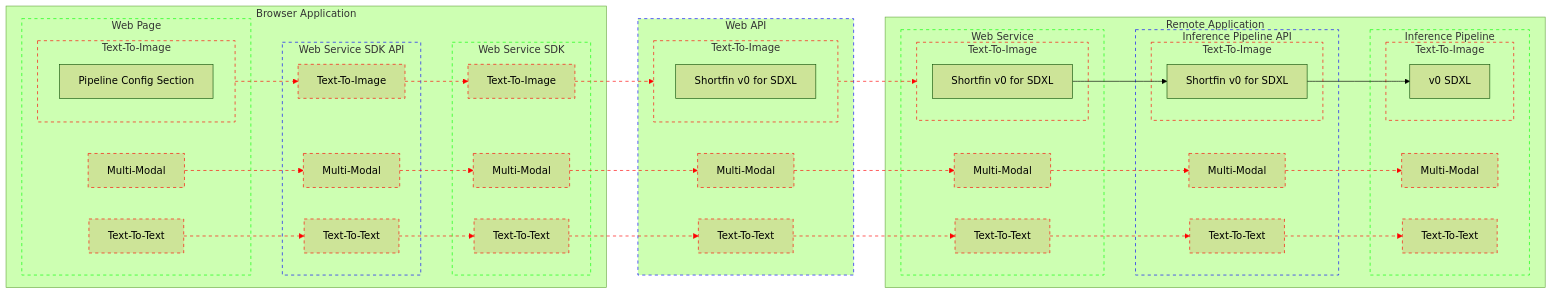
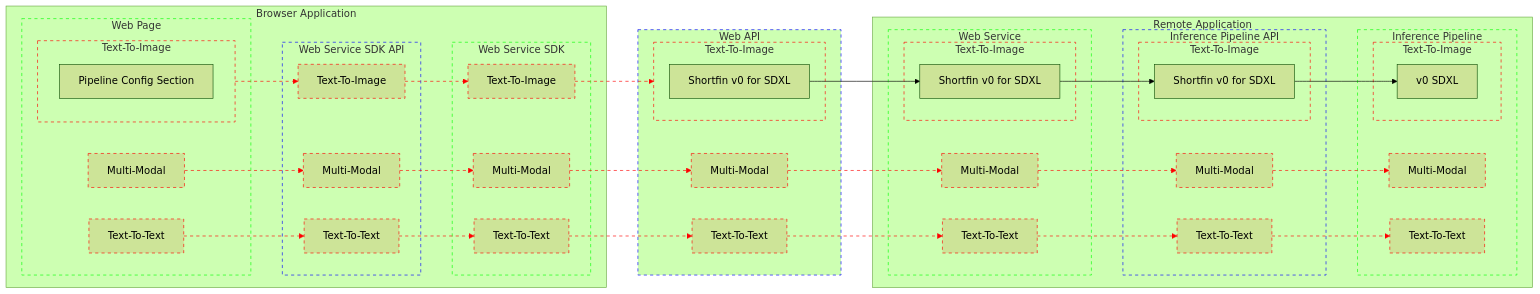
One commit to bjacobgordon/shark-ui changed the diagram in docs/webAPI/architecture.mmd. Above: the diagram before and after it, drawn with Mermaid (forest theme).

Commit message:
step(SDXL): declares conformance of web service to web API

```diff
--- a/docs/webAPI/architecture.mmd
+++ b/docs/webAPI/architecture.mmd
@@ -1,167 +1,166 @@
 flowchart LR
   classDef Contract          stroke: #00F, stroke-dasharray: 5
   classDef ApplicationModule stroke: #0F0, stroke-dasharray: 5
   classDef InferenceModality stroke: #F00, stroke-dasharray: 5
 
   subgraph BrowserApplication[Browser Application]
     subgraph BrowserApplication_WebPage[Web Page]
       subgraph BrowserApplication_WebPage_TextToImage[Text-To-Image]
         BrowserApplication_WebPage_TextToImage_PipelineConfigSection[Pipeline Config Section]
       end
       class BrowserApplication_WebPage_TextToImage InferenceModality
 
       BrowserApplication_WebPage_MultiModal[Multi-Modal]
       class BrowserApplication_WebPage_MultiModal InferenceModality
 
       BrowserApplication_WebPage_TextToText[Text-To-Text]
       class BrowserApplication_WebPage_TextToText InferenceModality
     end
     class BrowserApplication_WebPage ApplicationModule
 
 
     BrowserApplication_WebPage_TextToImage BrowserApplication_WebPage__TextToImage__BrowserApplication_WebServiceSDK_API@--> BrowserApplication_WebServiceSDK_API_TextToImage
     class BrowserApplication_WebPage_TextToImage InferenceModality
     class BrowserApplication_WebPage__TextToImage__BrowserApplication_WebServiceSDK_API InferenceModality
 
     BrowserApplication_WebPage_MultiModal BrowserApplication_WebPage__MultiModal__BrowserApplication_WebServiceSDK_API@--> BrowserApplication_WebServiceSDK_API_MultiModal
     class BrowserApplication_WebPage__MultiModal__BrowserApplication_WebServiceSDK_API InferenceModality
 
     BrowserApplication_WebPage_TextToText BrowserApplication_WebPage__TextToText__BrowserApplication_WebServiceSDK_API@--> BrowserApplication_WebServiceSDK_API_TextToText
     class BrowserApplication_WebPage__TextToText__BrowserApplication_WebServiceSDK_API InferenceModality
 
 
     subgraph BrowserApplication_WebServiceSDK_API[Web Service SDK API]
       BrowserApplication_WebServiceSDK_API_TextToImage[Text-To-Image]
       class BrowserApplication_WebServiceSDK_API_TextToImage InferenceModality
 
       BrowserApplication_WebServiceSDK_API_MultiModal[Multi-Modal]
       class BrowserApplication_WebServiceSDK_API_MultiModal InferenceModality
 
       BrowserApplication_WebServiceSDK_API_TextToText[Text-To-Text]
       class BrowserApplication_WebServiceSDK_API_TextToText InferenceModality
     end
     class BrowserApplication_WebServiceSDK_API Contract
 
 
     BrowserApplication_WebServiceSDK_API_TextToImage BrowserApplication_WebServiceSDK_API__TextToImage__BrowserApplication_WebServiceSDK@--> BrowserApplication_WebServiceSDK_TextToImage
     class BrowserApplication_WebServiceSDK_API__TextToImage__BrowserApplication_WebServiceSDK InferenceModality
 
     BrowserApplication_WebServiceSDK_API_MultiModal BrowserApplication_WebServiceSDK_API__MultiModal__BrowserApplication_WebServiceSDK@--> BrowserApplication_WebServiceSDK_MultiModal
     class BrowserApplication_WebServiceSDK_API__MultiModal__BrowserApplication_WebServiceSDK InferenceModality
 
     BrowserApplication_WebServiceSDK_API_TextToText BrowserApplication_WebServiceSDK_API__TextToText__BrowserApplication_WebServiceSDK@--> BrowserApplication_WebServiceSDK_TextToText
     class BrowserApplication_WebServiceSDK_API__TextToText__BrowserApplication_WebServiceSDK InferenceModality
 
 
     subgraph BrowserApplication_WebServiceSDK[Web Service SDK]
       BrowserApplication_WebServiceSDK_TextToImage[Text-To-Image]
       class BrowserApplication_WebServiceSDK_TextToImage InferenceModality
 
       BrowserApplication_WebServiceSDK_MultiModal[Multi-Modal]
       class BrowserApplication_WebServiceSDK_MultiModal InferenceModality
 
       BrowserApplication_WebServiceSDK_TextToText[Text-To-Text]
       class BrowserApplication_WebServiceSDK_TextToText InferenceModality
     end
     class BrowserApplication_WebServiceSDK ApplicationModule
   end
 
 
   BrowserApplication_WebServiceSDK_TextToImage BrowserApplication_WebServiceSDK__TextToImage__WebAPI@--> WebAPI_TextToImage
   class BrowserApplication_WebServiceSDK__TextToImage__WebAPI InferenceModality
 
   BrowserApplication_WebServiceSDK_MultiModal BrowserApplication_WebServiceSDK__MultiModal__WebAPI@--> WebAPI_MultiModal
   class BrowserApplication_WebServiceSDK__MultiModal__WebAPI InferenceModality
 
   BrowserApplication_WebServiceSDK_TextToText BrowserApplication_WebServiceSDK__TextToText__WebAPI@--> WebAPI_TextToText
   class BrowserApplication_WebServiceSDK__TextToText__WebAPI InferenceModality
 
 
   subgraph WebAPI[Web API]
     subgraph WebAPI_TextToImage[Text-To-Image]
       WebAPI_TextToImage_Shortfin_v0_SDXL[Shortfin v0 for SDXL]
     end
     class WebAPI_TextToImage InferenceModality
 
     WebAPI_MultiModal[Multi-Modal]
     class WebAPI_MultiModal InferenceModality
 
     WebAPI_TextToText[Text-To-Text]
     class WebAPI_TextToText InferenceModality
   end
   class WebAPI Contract
 
 
-  WebAPI_TextToImage WebAPI__TextToImage__RemoteApplication_WebService@--> RemoteApplication_WebService_TextToImage
-  class WebAPI__TextToImage__RemoteApplication_WebService InferenceModality
+  WebAPI_TextToImage_Shortfin_v0_SDXL --> RemoteApplication_WebService_TextToImage_Shortfin_v0_SDXL
 
   WebAPI_MultiModal WebAPI__MultiModal__RemoteApplication_WebService@--> RemoteApplication_WebService_MultiModal
   class WebAPI__MultiModal__RemoteApplication_WebService InferenceModality
 
   WebAPI_TextToText WebAPI__TextToText__RemoteApplication_WebService@--> RemoteApplication_WebService_TextToText
   class WebAPI__TextToText__RemoteApplication_WebService InferenceModality
 
 
   subgraph RemoteApplication[Remote Application]
     subgraph RemoteApplication_WebService[Web Service]
       subgraph RemoteApplication_WebService_TextToImage[Text-To-Image]
         RemoteApplication_WebService_TextToImage_Shortfin_v0_SDXL[Shortfin v0 for SDXL]
       end
       class RemoteApplication_WebService_TextToImage InferenceModality
 
       RemoteApplication_WebService_MultiModal[Multi-Modal]
       class RemoteApplication_WebService_MultiModal InferenceModality
 
       RemoteApplication_WebService_TextToText[Text-To-Text]
       class RemoteApplication_WebService_TextToText InferenceModality
     end
     class RemoteApplication_WebService ApplicationModule
 
 
     RemoteApplication_WebService_TextToImage_Shortfin_v0_SDXL --> RemoteApplication_InferencePipeline_API_TextToImage_Shortfin_v0_SDXL
 
     RemoteApplication_WebService_MultiModal RemoteApplication_WebService__MultiModal__RemoteApplication_InferencePipeline_API@--> RemoteApplication_InferencePipeline_API_MultiModal
     class RemoteApplication_WebService__MultiModal__RemoteApplication_InferencePipeline_API InferenceModality
 
     RemoteApplication_WebService_TextToText RemoteApplication_WebService__TextToText__RemoteApplication_InferencePipeline_API@--> RemoteApplication_InferencePipeline_API_TextToText
     class RemoteApplication_WebService__TextToText__RemoteApplication_InferencePipeline_API InferenceModality
 
 
     subgraph RemoteApplication_InferencePipeline_API[Inference Pipeline API]
       subgraph RemoteApplication_InferencePipeline_API_TextToImage[Text-To-Image]
         RemoteApplication_InferencePipeline_API_TextToImage_Shortfin_v0_SDXL[Shortfin v0 for SDXL]
       end
       class RemoteApplication_InferencePipeline_API_TextToImage InferenceModality
 
       RemoteApplication_InferencePipeline_API_MultiModal[Multi-Modal]
       class RemoteApplication_InferencePipeline_API_MultiModal InferenceModality
 
       RemoteApplication_InferencePipeline_API_TextToText[Text-To-Text]
       class RemoteApplication_InferencePipeline_API_TextToText InferenceModality
     end
     class RemoteApplication_InferencePipeline_API Contract
 
 
     RemoteApplication_InferencePipeline_API_TextToImage_Shortfin_v0_SDXL --> RemoteApplication_InferencePipeline_TextToImage_SDXL
 
     RemoteApplication_InferencePipeline_API_MultiModal RemoteApplication_InferencePipeline_API__MultiModal__RemoteApplication_InferencePipeline@--> RemoteApplication_InferencePipeline_MultiModal
     class RemoteApplication_InferencePipeline_API__MultiModal__RemoteApplication_InferencePipeline InferenceModality
 
     RemoteApplication_InferencePipeline_API_TextToText RemoteApplication_InferencePipeline_API__TextToText__RemoteApplication_InferencePipeline@--> RemoteApplication_InferencePipeline_TextToText
     class RemoteApplication_InferencePipeline_API__TextToText__RemoteApplication_InferencePipeline InferenceModality
 
 
     subgraph RemoteApplication_InferencePipeline[Inference Pipeline]
       subgraph RemoteApplication_InferencePipeline_TextToImage[Text-To-Image]
         RemoteApplication_InferencePipeline_TextToImage_SDXL[v0 SDXL]
       end
       class RemoteApplication_InferencePipeline_TextToImage InferenceModality
 
       RemoteApplication_InferencePipeline_MultiModal[Multi-Modal]
       class RemoteApplication_InferencePipeline_MultiModal InferenceModality
 
       RemoteApplication_InferencePipeline_TextToText[Text-To-Text]
       class RemoteApplication_InferencePipeline_TextToText InferenceModality
     end
     class RemoteApplication_InferencePipeline ApplicationModule
   end
```
